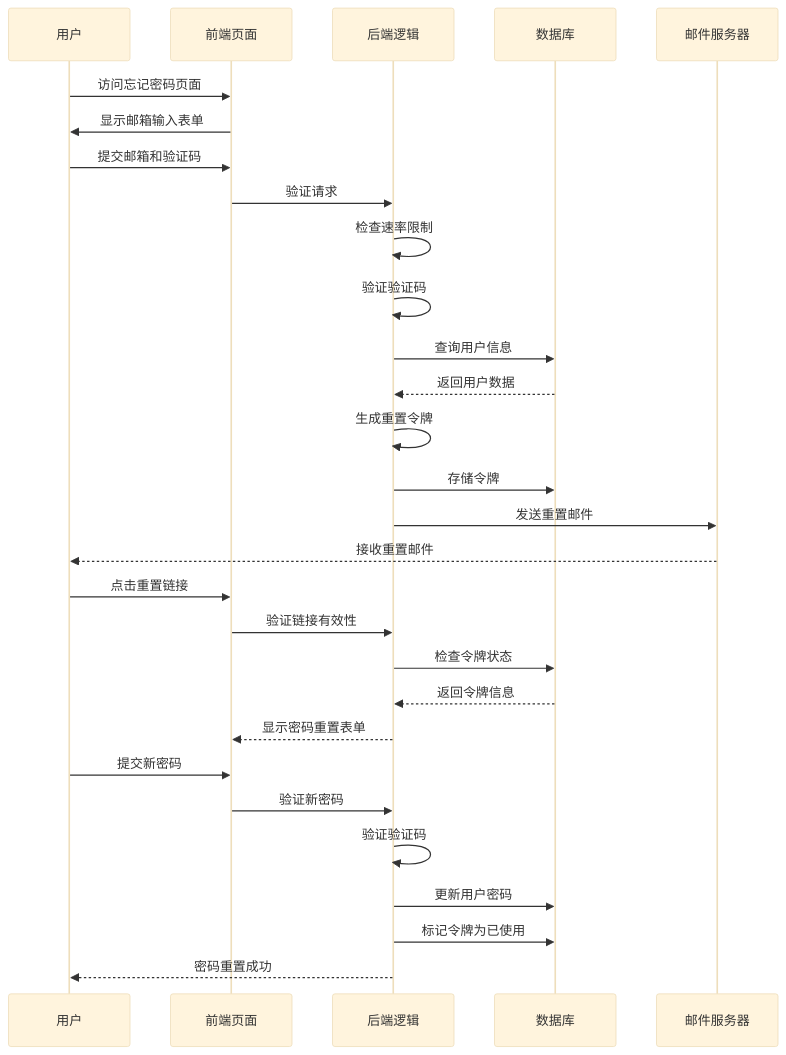
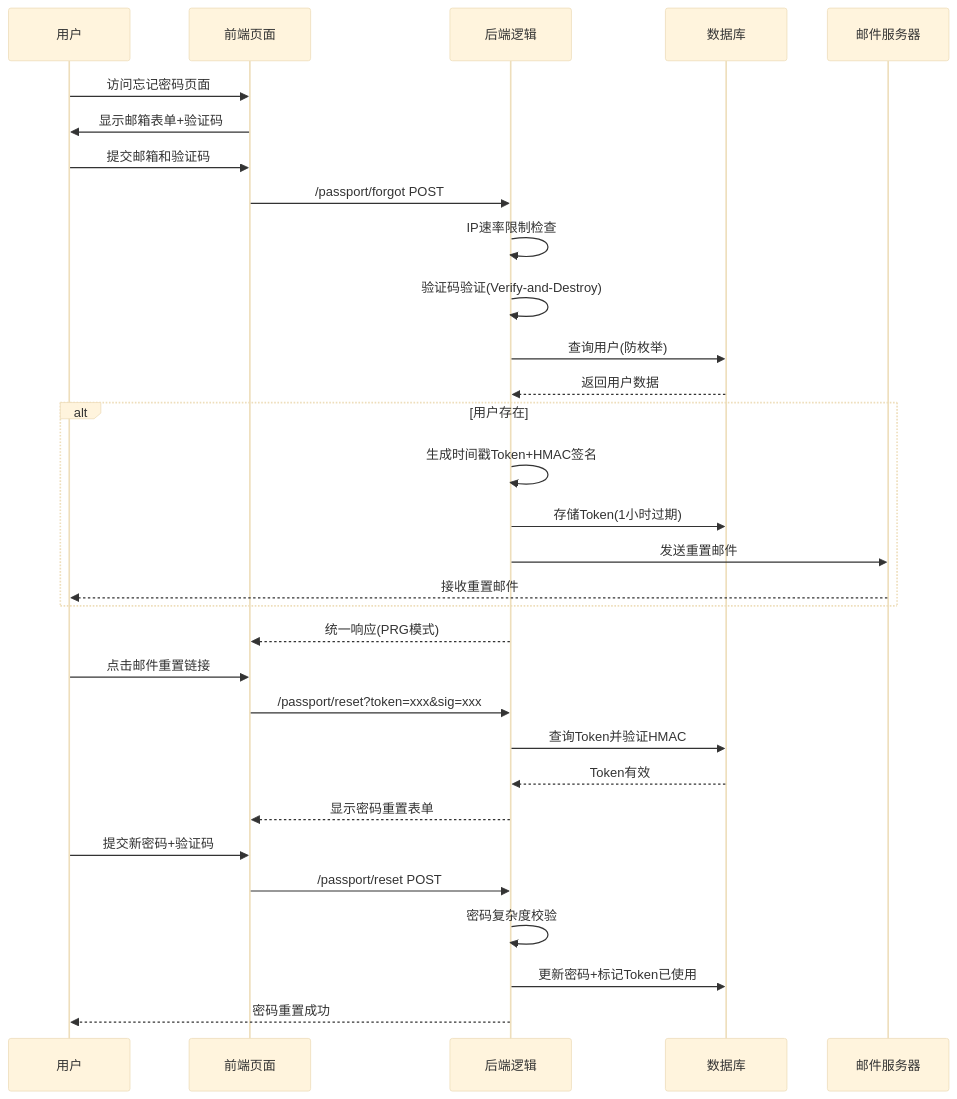
One commit to little-gt/PLUGION-Passport changed the third of 7 diagrams in README.md. Above: the diagram before and after it, drawn with Mermaid (base theme). The commit also changed other lines of this file and 6 other files, not shown here.

````diff
--- a/README.md
+++ b/README.md
@@ -64,32 +122,41 @@
 ```mermaid
 sequenceDiagram
     participant User as 用户
     participant Frontend as 前端页面
     participant Backend as 后端逻辑
     participant DB as 数据库
     participant SMTP as 邮件服务器
 
     User->>Frontend: 访问忘记密码页面
-    Frontend->>User: 显示邮箱输入表单
+    Frontend->>User: 显示邮箱表单+验证码
     User->>Frontend: 提交邮箱和验证码
-    Frontend->>Backend: 验证请求
-    Backend->>Backend: 检查速率限制
-    Backend->>Backend: 验证验证码
-    Backend->>DB: 查询用户信息
+    Frontend->>Backend: /passport/forgot POST
+    
+    Backend->>Backend: IP速率限制检查
+    Backend->>Backend: 验证码验证(Verify-and-Destroy)
+    Backend->>DB: 查询用户(防枚举)
     DB-->>Backend: 返回用户数据
-    Backend->>Backend: 生成重置令牌
-    Backend->>DB: 存储令牌
-    Backend->>SMTP: 发送重置邮件
-    SMTP-->>User: 接收重置邮件
-    User->>Frontend: 点击重置链接
-    Frontend->>Backend: 验证链接有效性
-    Backend->>DB: 检查令牌状态
-    DB-->>Backend: 返回令牌信息
+    
+    alt 用户存在
+        Backend->>Backend: 生成时间戳Token+HMAC签名
+        Backend->>DB: 存储Token(1小时过期)
+        Backend->>SMTP: 发送重置邮件
+        SMTP-->>User: 接收重置邮件
+    end
+    
+    Backend-->>Frontend: 统一响应(PRG模式)
+    
+    User->>Frontend: 点击邮件重置链接
+    Frontend->>Backend: /passport/reset?token=xxx&sig=xxx
+    
+    Backend->>DB: 查询Token并验证HMAC
+    DB-->>Backend: Token有效
+    
     Backend-->>Frontend: 显示密码重置表单
-    User->>Frontend: 提交新密码
-    Frontend->>Backend: 验证新密码
-    Backend->>Backend: 验证验证码
-    Backend->>DB: 更新用户密码
-    Backend->>DB: 标记令牌为已使用
+    User->>Frontend: 提交新密码+验证码
+    Frontend->>Backend: /passport/reset POST
+    
+    Backend->>Backend: 密码复杂度校验
+    Backend->>DB: 更新密码+标记Token已使用
     Backend-->>User: 密码重置成功
 ```
````
